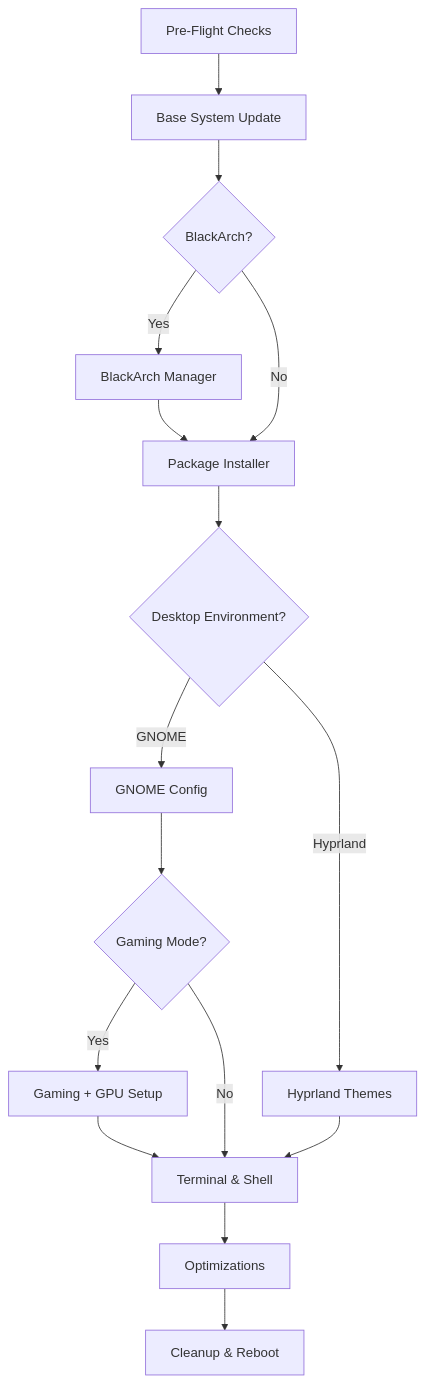
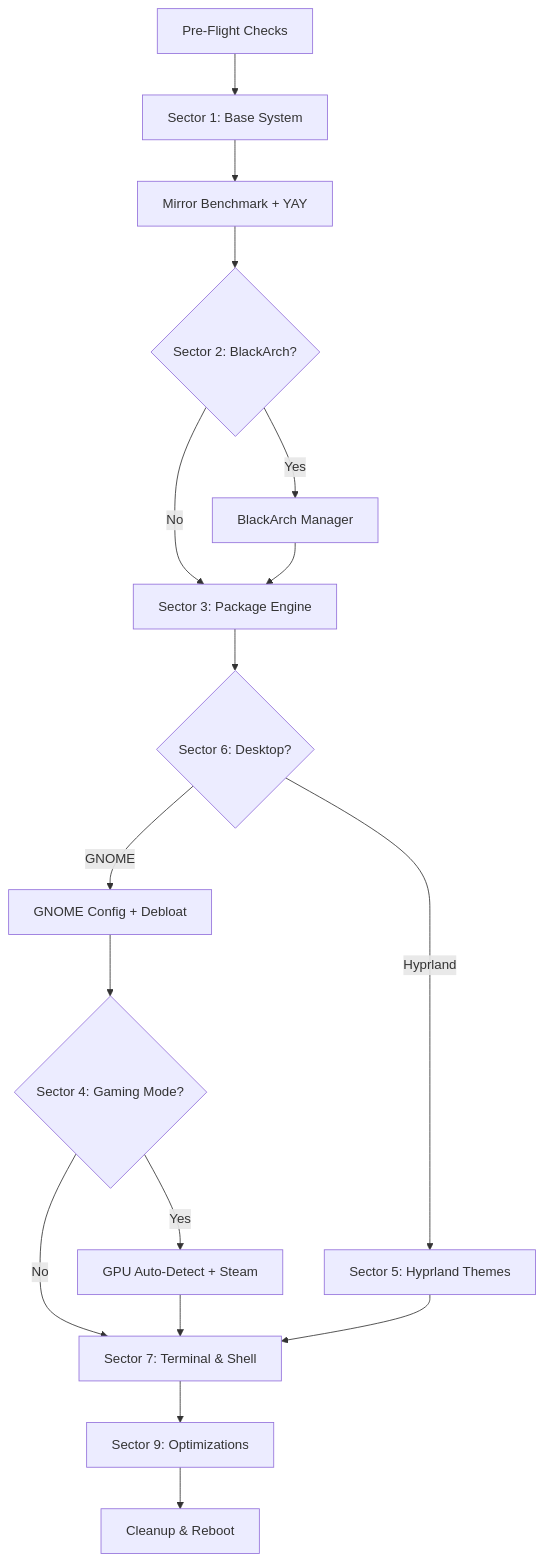
Before and after one commit to MrFedai/ArCoN: the diagram in README.md, drawn with Mermaid. The commit also changed other lines of this file, not shown here.

````diff
--- a/README.md
+++ b/README.md
@@ -331,18 +98,19 @@
 ```mermaid
 graph TD
-    A[Pre-Flight Checks] --> B[Base System Update]
-    B --> C{BlackArch?}
-    C -->|Yes| D[BlackArch Manager]
-    C -->|No| E[Package Installer]
-    D --> E
-    E --> F{Desktop Environment?}
-    F -->|GNOME| G[GNOME Config]
-    F -->|Hyprland| H[Hyprland Themes]
-    G --> I{Gaming Mode?}
-    I -->|Yes| J[Gaming + GPU Setup]
-    I -->|No| K[Terminal & Shell]
-    H --> K
-    J --> K
-    K --> L[Optimizations]
-    L --> M[Cleanup & Reboot]
+    A[Pre-Flight Checks] --> B[Sector 1: Base System]
+    B --> C[Mirror Benchmark + YAY]
+    C --> D{Sector 2: BlackArch?}
+    D -->|Yes| E[BlackArch Manager]
+    D -->|No| F[Sector 3: Package Engine]
+    E --> F
+    F --> G{Sector 6: Desktop?}
+    G -->|GNOME| H[GNOME Config + Debloat]
+    G -->|Hyprland| I[Sector 5: Hyprland Themes]
+    H --> J{Sector 4: Gaming Mode?}
+    J -->|Yes| K[GPU Auto-Detect + Steam]
+    J -->|No| L[Sector 7: Terminal & Shell]
+    K --> L
+    I --> L
+    L --> M[Sector 9: Optimizations]
+    M --> N[Cleanup & Reboot]
 ```
````
